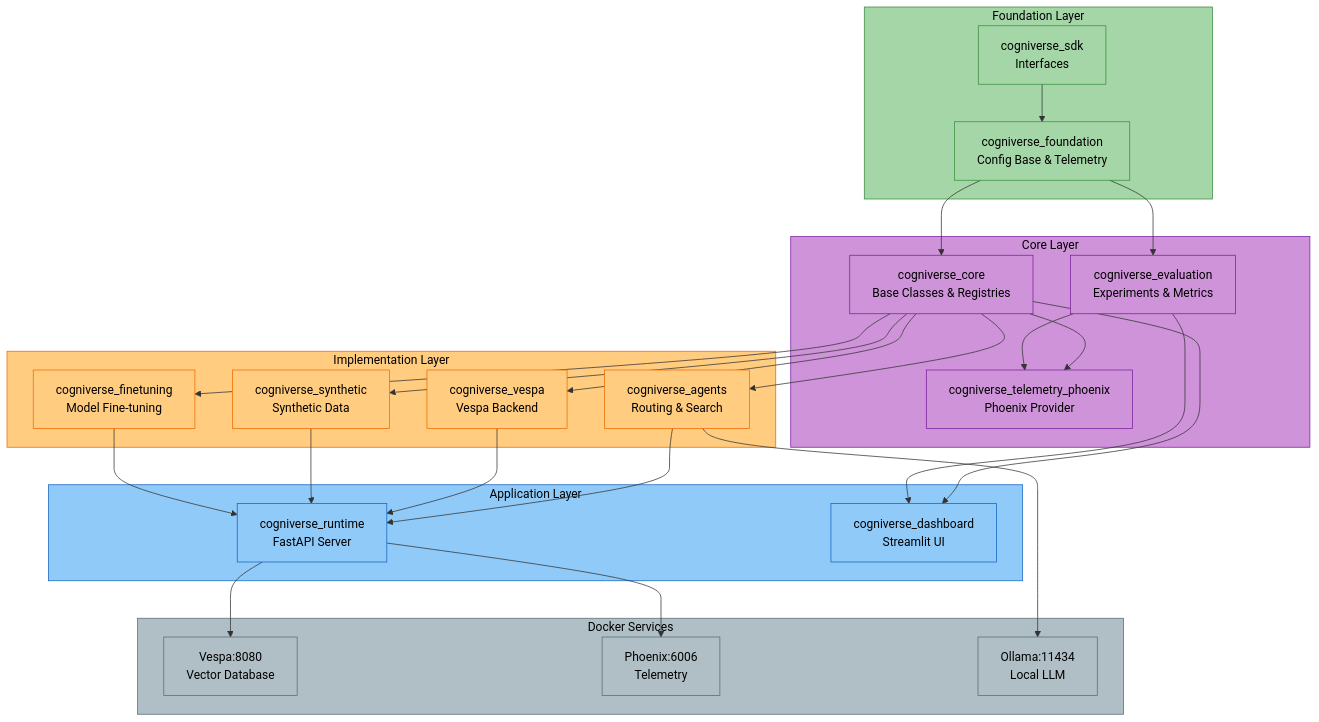
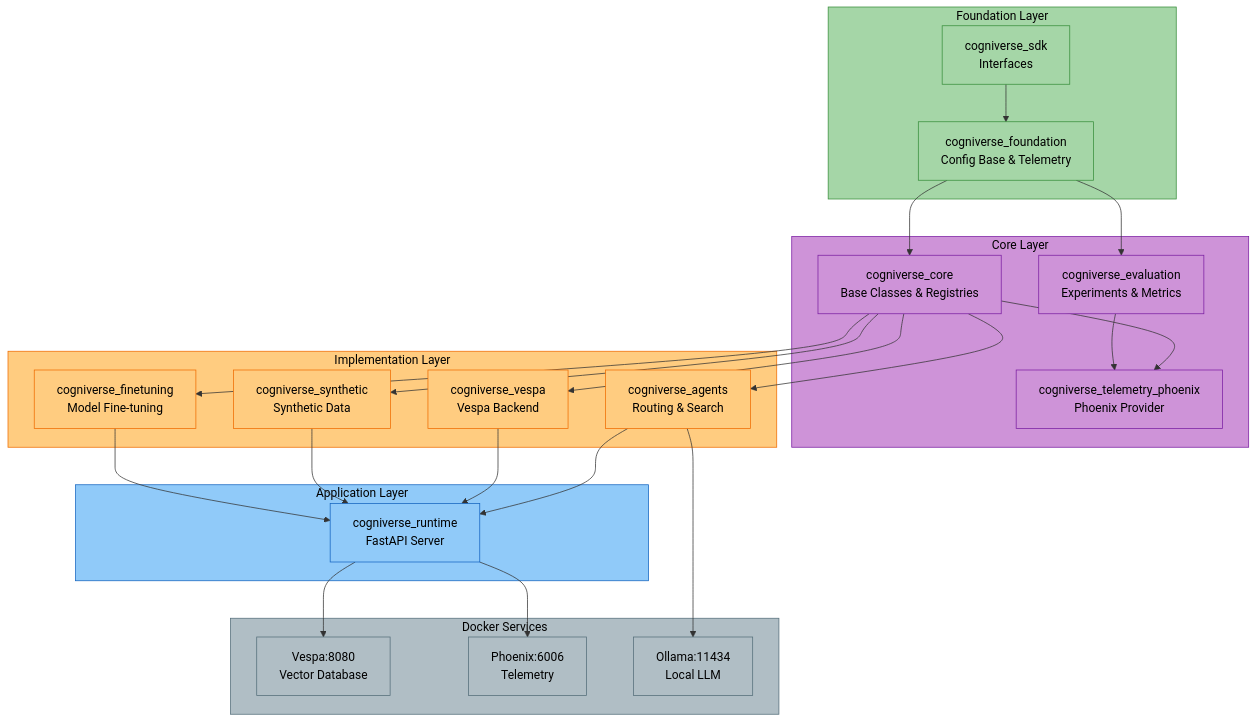
Before and after one commit to amit-jain/cogniverse: the diagram in docs/operations/setup-installation.md, drawn with Mermaid. The commit also changed other lines of this file and 241 other files, not shown here.

First line of the commit message:
Remove the Streamlit dashboard

````diff
--- a/docs/operations/setup-installation.md
+++ b/docs/operations/setup-installation.md
@@ -330,73 +325,69 @@
 ```mermaid
 flowchart TB
     subgraph Foundation["<span style='color:#000'>Foundation Layer</span>"]
         SDK["<span style='color:#000'>cogniverse_sdk<br/>Interfaces</span>"]
         Foundation_pkg["<span style='color:#000'>cogniverse_foundation<br/>Config Base & Telemetry</span>"]
     end
 
     subgraph Core["<span style='color:#000'>Core Layer</span>"]
         Core_pkg["<span style='color:#000'>cogniverse_core<br/>Base Classes & Registries</span>"]
         Evaluation["<span style='color:#000'>cogniverse_evaluation<br/>Experiments & Metrics</span>"]
         TelemetryPhoenix["<span style='color:#000'>cogniverse_telemetry_phoenix<br/>Phoenix Provider</span>"]
     end
 
     subgraph Implementation["<span style='color:#000'>Implementation Layer</span>"]
         Agents["<span style='color:#000'>cogniverse_agents<br/>Routing & Search</span>"]
         Vespa["<span style='color:#000'>cogniverse_vespa<br/>Vespa Backend</span>"]
         Synthetic["<span style='color:#000'>cogniverse_synthetic<br/>Synthetic Data</span>"]
         Finetuning["<span style='color:#000'>cogniverse_finetuning<br/>Model Fine-tuning</span>"]
     end
 
     subgraph Application["<span style='color:#000'>Application Layer</span>"]
         Runtime["<span style='color:#000'>cogniverse_runtime<br/>FastAPI Server</span>"]
-        Dashboard["<span style='color:#000'>cogniverse_dashboard<br/>Streamlit UI</span>"]
     end
 
     subgraph Services["<span style='color:#000'>Docker Services</span>"]
         VespaDB["<span style='color:#000'>Vespa:8080<br/>Vector Database</span>"]
         PhoenixSvc["<span style='color:#000'>Phoenix:6006<br/>Telemetry</span>"]
         Ollama["<span style='color:#000'>Ollama:11434<br/>Local LLM</span>"]
     end
 
     SDK --> Foundation_pkg
     Foundation_pkg --> Core_pkg
     Foundation_pkg --> Evaluation
     Core_pkg --> TelemetryPhoenix
     Evaluation --> TelemetryPhoenix
 
     Core_pkg --> Agents
     Core_pkg --> Vespa
     Core_pkg --> Synthetic
     Core_pkg --> Finetuning
 
     Agents --> Runtime
     Vespa --> Runtime
     Synthetic --> Runtime
     Finetuning --> Runtime
-    Core_pkg --> Dashboard
-    Evaluation --> Dashboard
 
     Runtime --> VespaDB
     Runtime --> PhoenixSvc
     Agents --> Ollama
 
     style Foundation fill:#a5d6a7,stroke:#388e3c,color:#000
     style Core fill:#ce93d8,stroke:#7b1fa2,color:#000
     style Implementation fill:#ffcc80,stroke:#ef6c00,color:#000
     style Application fill:#90caf9,stroke:#1565c0,color:#000
     style Services fill:#b0bec5,stroke:#546e7a,color:#000
     style SDK fill:#a5d6a7,stroke:#388e3c,color:#000
     style Foundation_pkg fill:#a5d6a7,stroke:#388e3c,color:#000
     style Core_pkg fill:#ce93d8,stroke:#7b1fa2,color:#000
     style Evaluation fill:#ce93d8,stroke:#7b1fa2,color:#000
     style TelemetryPhoenix fill:#ce93d8,stroke:#7b1fa2,color:#000
     style Agents fill:#ffcc80,stroke:#ef6c00,color:#000
     style Vespa fill:#ffcc80,stroke:#ef6c00,color:#000
     style Synthetic fill:#ffcc80,stroke:#ef6c00,color:#000
     style Finetuning fill:#ffcc80,stroke:#ef6c00,color:#000
     style Runtime fill:#90caf9,stroke:#1565c0,color:#000
-    style Dashboard fill:#90caf9,stroke:#1565c0,color:#000
     style VespaDB fill:#b0bec5,stroke:#546e7a,color:#000
     style PhoenixSvc fill:#b0bec5,stroke:#546e7a,color:#000
     style Ollama fill:#b0bec5,stroke:#546e7a,color:#000
 ```
````
